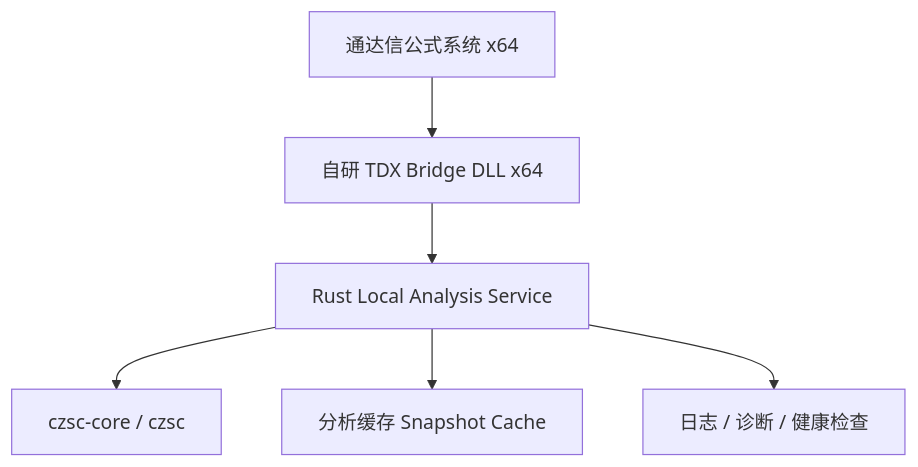
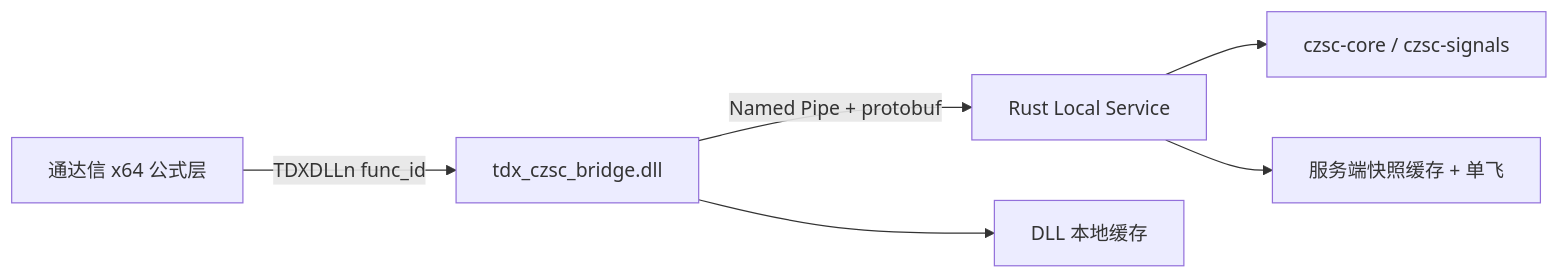
The diagram in docs/技术方案_通达信缠论自动标注系统.md (skitta/tdx_czsc), drawn with Mermaid before and after one commit. The commit also changed other lines of this file, not shown here.

Commit message:
docs: 重组技术方案为'实现事实'文档（模块/协议/通道/算法/缓存/路线图 与代码同步）

````diff
--- a/docs/技术方案_通达信缠论自动标注系统.md
+++ b/docs/技术方案_通达信缠论自动标注系统.md
@@ -47,8 +61,8 @@
 ```mermaid
-flowchart TD
-    A[通达信公式系统 x64] --> B[自研 TDX Bridge DLL x64]
-    B --> C[Rust Local Analysis Service]
-    C --> D[czsc-core / czsc]
-    C --> E[分析缓存 Snapshot Cache]
-    C --> F[日志 / 诊断 / 健康检查]
+flowchart LR
+    A[通达信 x64 公式层] -->|TDXDLLn func_id| B[tdx_czsc_bridge.dll]
+    B -->|Named Pipe + protobuf| C[Rust Local Service]
+    C --> D[czsc-core / czsc-signals]
+    C --> E[服务端快照缓存 + 单飞]
+    B --> F[DLL 本地缓存]
 ```
````
